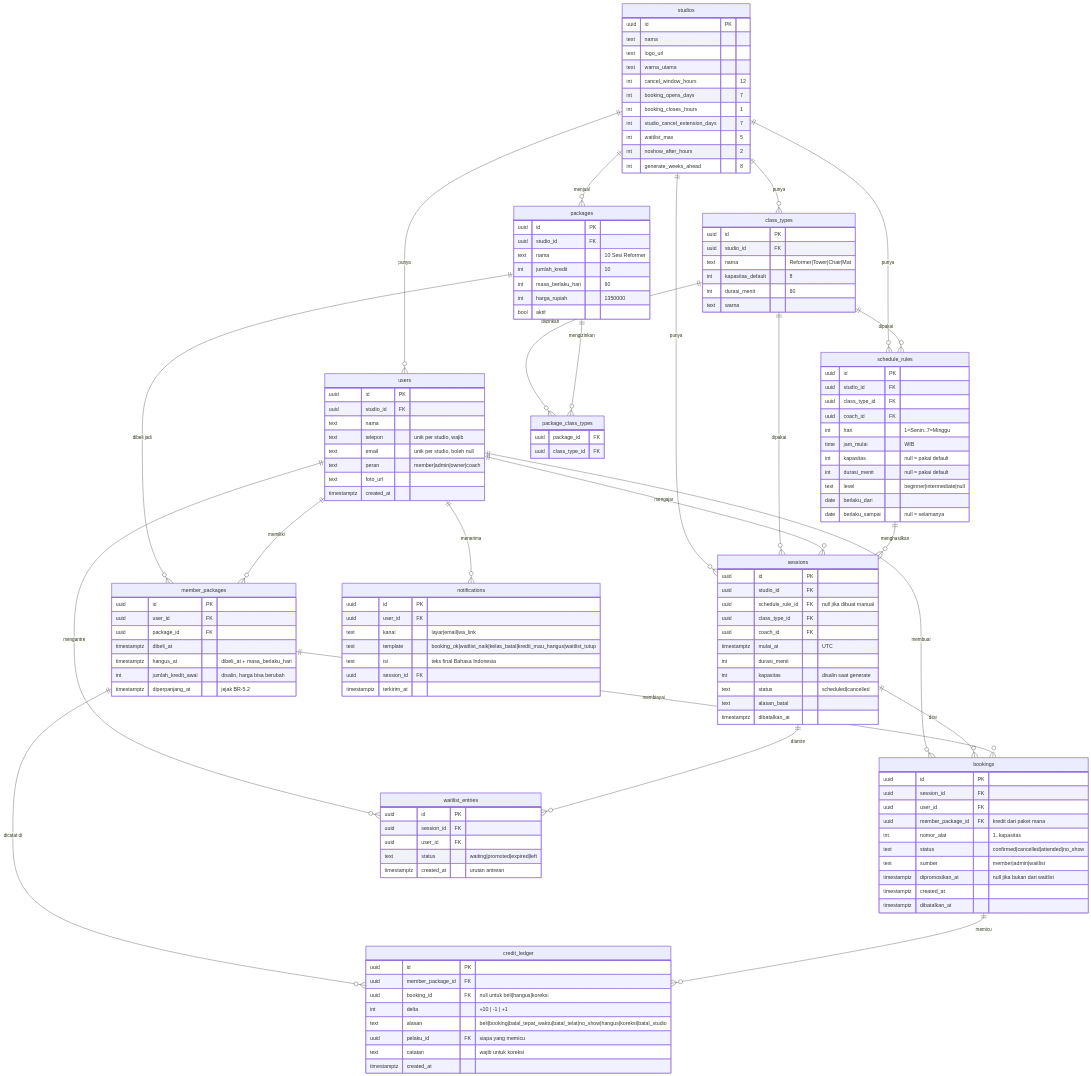
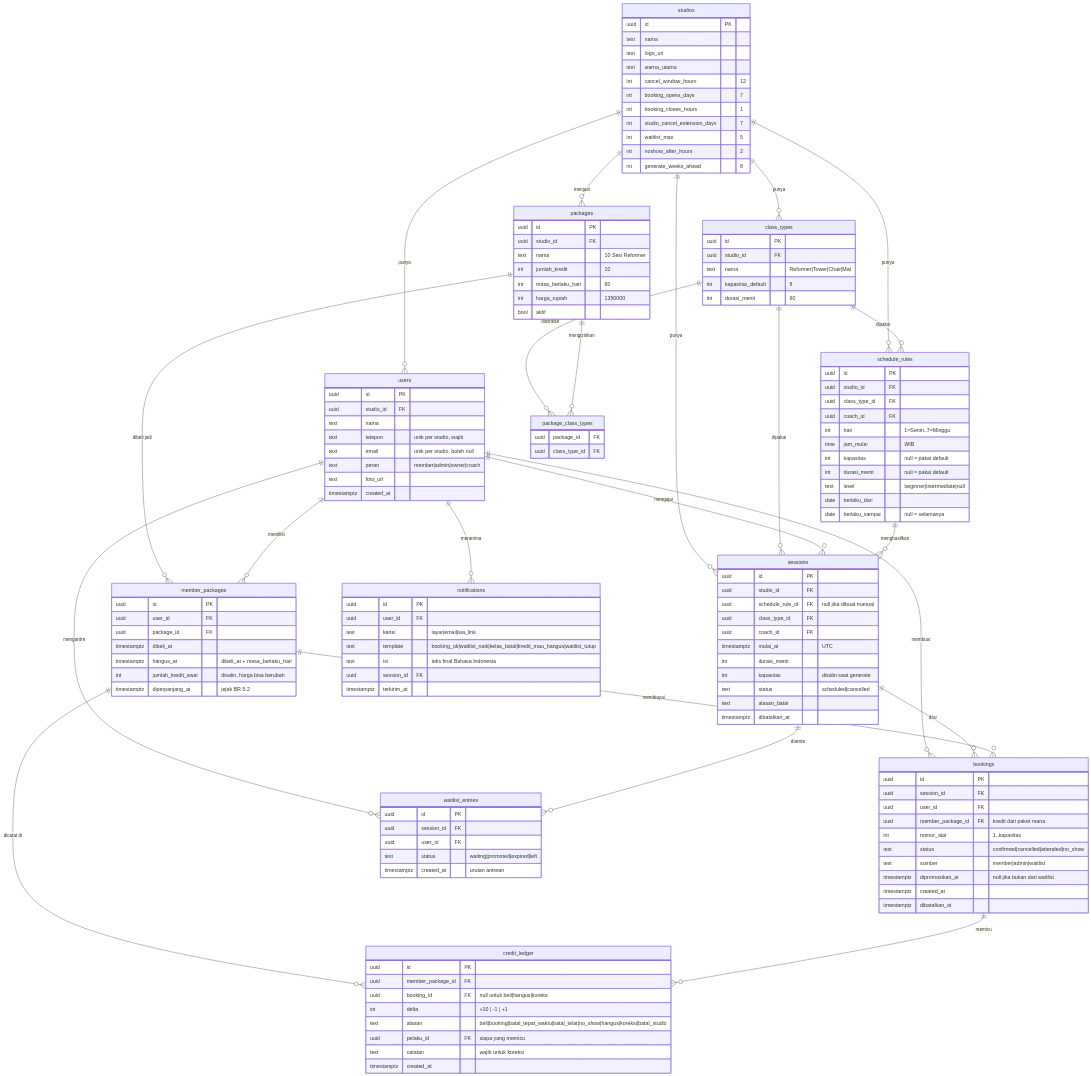
One commit to arikmhm/pilates-booking-system changed the first of 2 diagrams in docs/05-data-model.md. Above: the diagram before and after it, drawn with Mermaid. The commit also changed other lines of this file and 24 other files, not shown here.

```diff
--- a/docs/05-data-model.md
+++ b/docs/05-data-model.md
@@ -75,7 +75,6 @@
         text nama "Reformer|Tower|Chair|Mat"
         int kapasitas_default "8"
         int durasi_menit "60"
-        text warna
     }
 
     schedule_rules {
```
